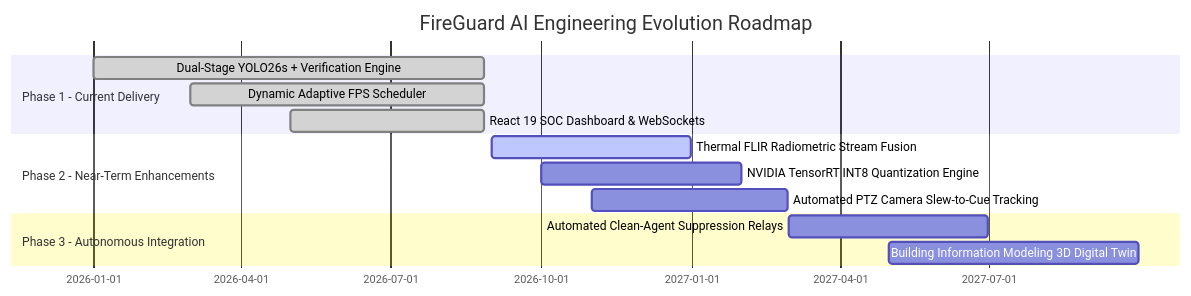
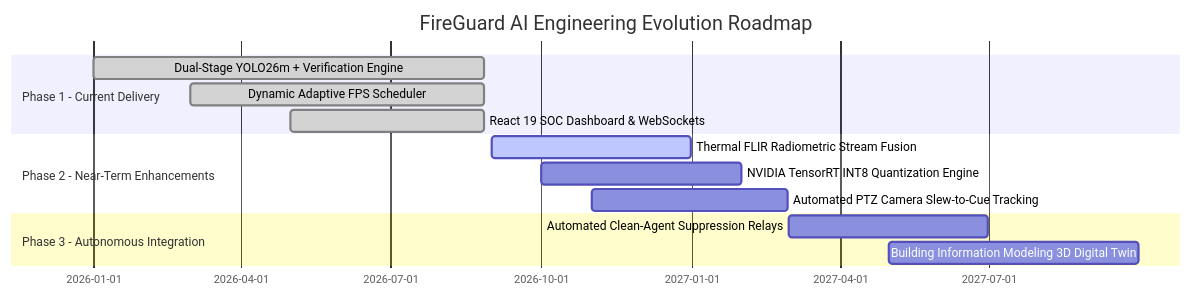
Before and after one commit to Saicharan-077/Fire_Smoke_Application: diagram 14 of 14 in REVIEW.md, drawn with Mermaid. The commit also changed other lines of this file and 16 other files, not shown here.

Commit message:
refactor(models): update model architecture references across codebase to YOLO26m

````diff
--- a/REVIEW.md
+++ b/REVIEW.md
@@ -1410,16 +1410,16 @@
 ```mermaid
 gantt
     title FireGuard AI Engineering Evolution Roadmap
     dateFormat  YYYY-MM-DD
     section Phase 1 - Current Delivery
-    Dual-Stage YOLO26s + Verification Engine   :done, 2026-01-01, 2026-08-27
+    Dual-Stage YOLO26m + Verification Engine   :done, 2026-01-01, 2026-08-27
     Dynamic Adaptive FPS Scheduler             :done, 2026-03-01, 2026-08-27
     React 19 SOC Dashboard & WebSockets        :done, 2026-05-01, 2026-08-27
     section Phase 2 - Near-Term Enhancements
     Thermal FLIR Radiometric Stream Fusion     :active, 2026-09-01, 2026-12-31
     NVIDIA TensorRT INT8 Quantization Engine   :2026-10-01, 2027-01-31
     Automated PTZ Camera Slew-to-Cue Tracking  :2026-11-01, 2027-02-28
     section Phase 3 - Autonomous Integration
     Automated Clean-Agent Suppression Relays   :2027-03-01, 2027-06-30
     Building Information Modeling 3D Digital Twin: 2027-05-01, 2027-09-30
 ```
````
